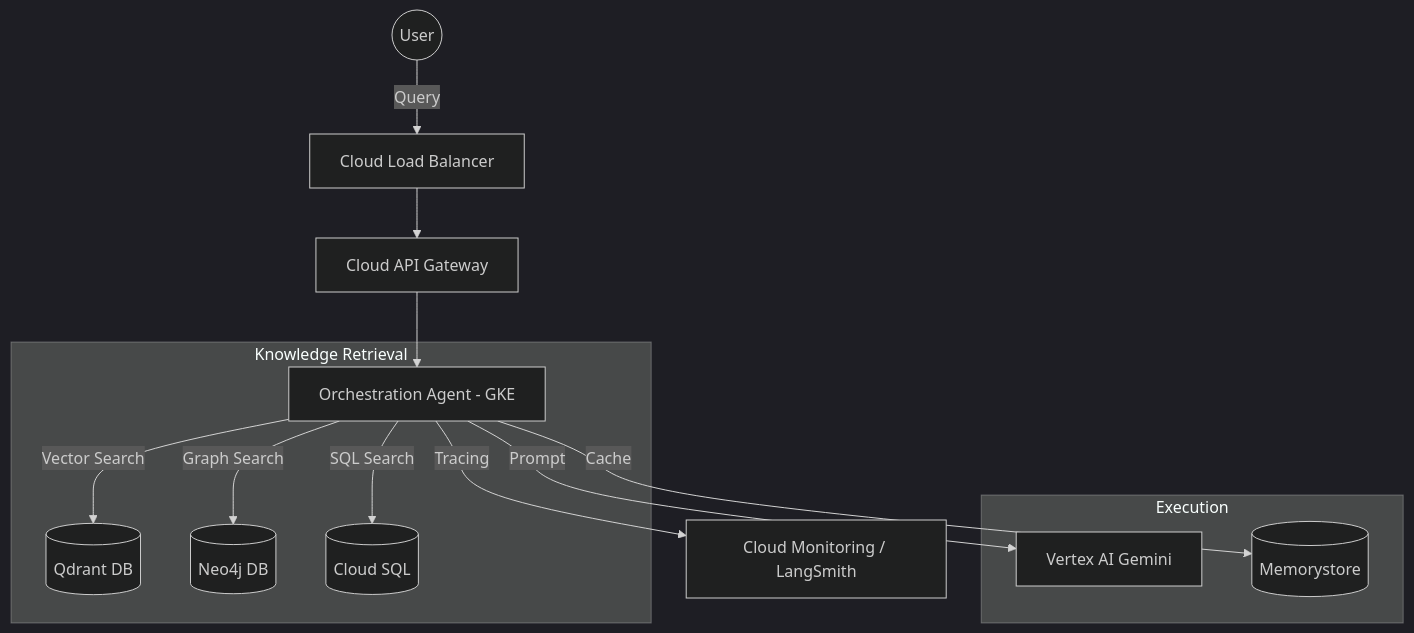
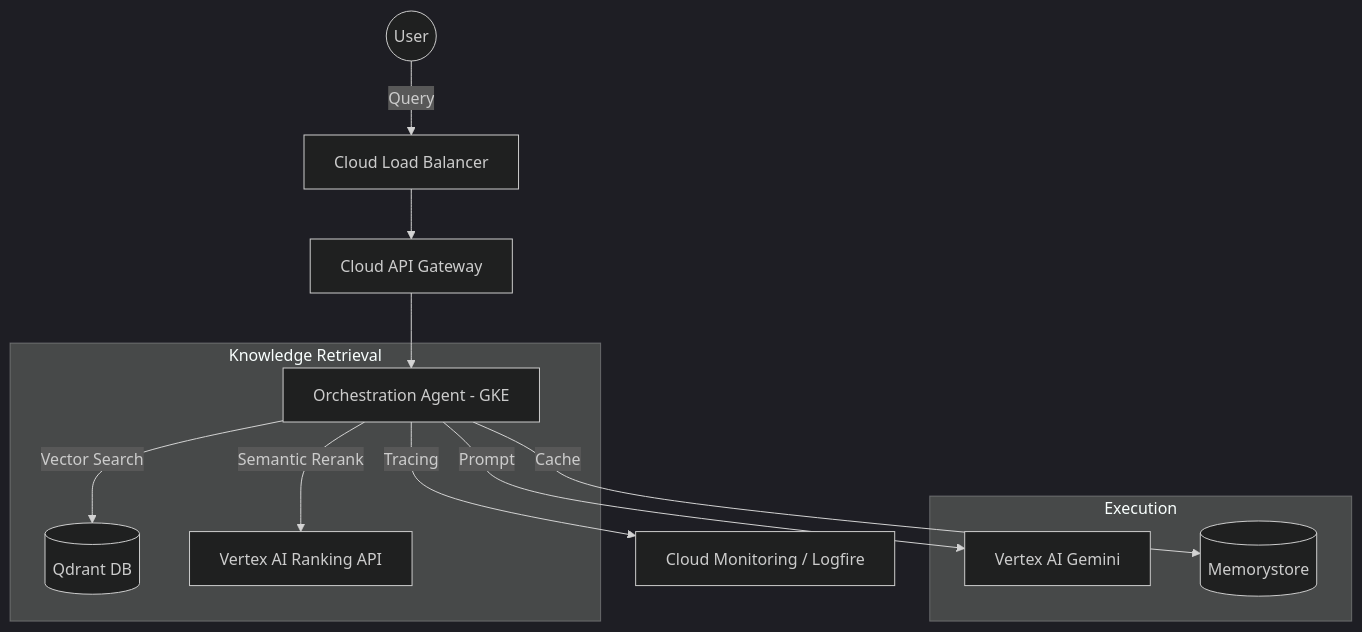
The diagram in DOCS/02_stack_mapping.md (d-hackmt/rag-scale-test), drawn with Mermaid (dark theme) before and after one commit. The commit also changed other lines of this file and 6 other files, not shown here.

````diff
--- a/DOCS/02_stack_mapping.md
+++ b/DOCS/02_stack_mapping.md
@@ -20,19 +21,18 @@
 ```mermaid
 graph TD
     User((User)) -->|Query| LB[Cloud Load Balancer]
     LB --> Gateway[Cloud API Gateway]
     Gateway --> Agent[Orchestration Agent - GKE]
     
     subgraph "Knowledge Retrieval"
         Agent -->|Vector Search| Qdrant[(Qdrant DB)]
-        Agent -->|Graph Search| Neo4j[(Neo4j DB)]
-        Agent -->|SQL Search| CloudSQL[(Cloud SQL)]
+        Agent -->|Semantic Rerank| Ranker[Vertex AI Ranking API]
     end
     
     subgraph "Execution"
         Agent -->|Prompt| LLM[Vertex AI Gemini]
         Agent -->|Cache| Redis[(Memorystore)]
     end
     
-    Agent -->|Tracing| Monitoring[Cloud Monitoring / LangSmith]
+    Agent -->|Tracing| Monitoring[Cloud Monitoring / Logfire]
 ```
````
